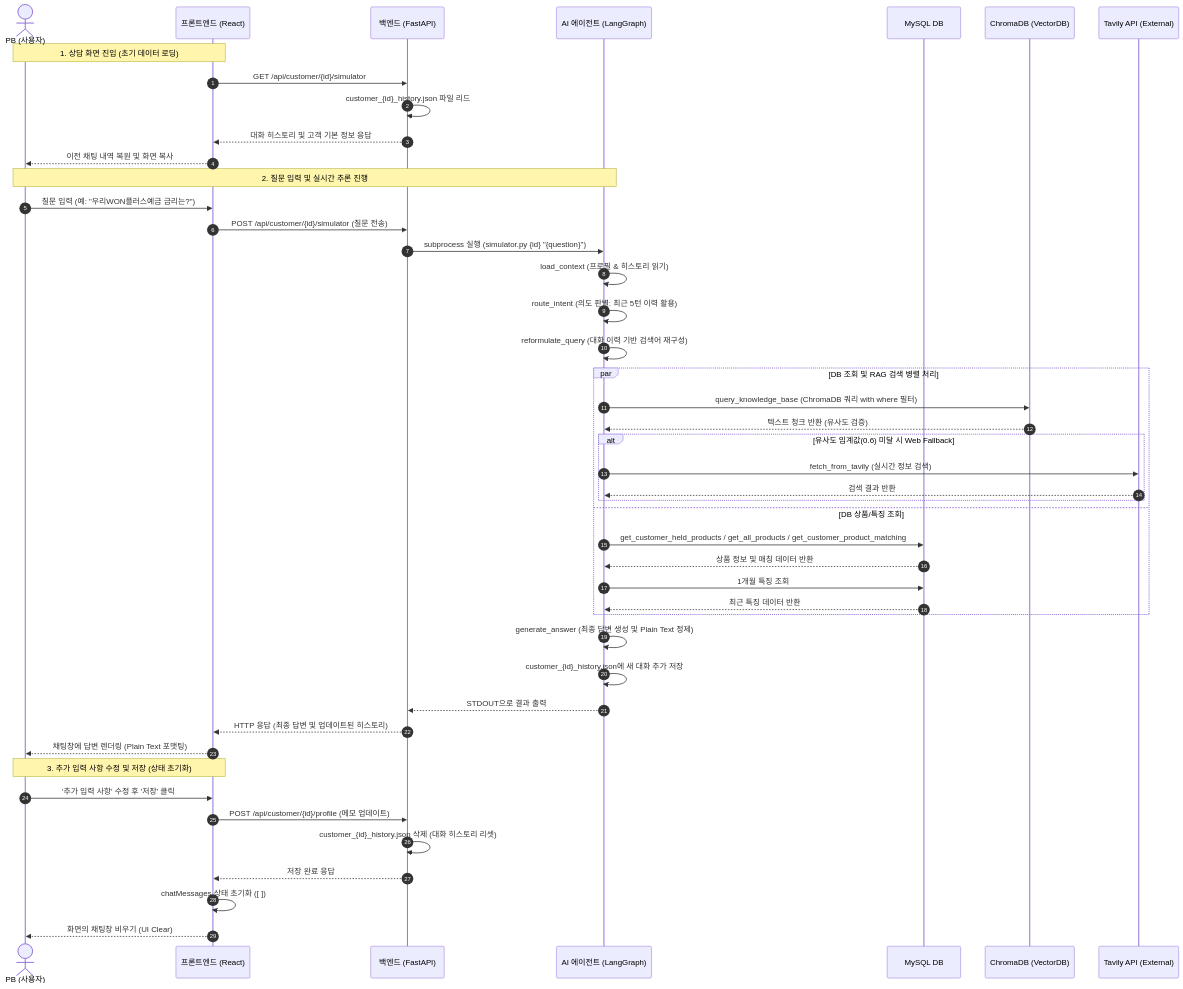
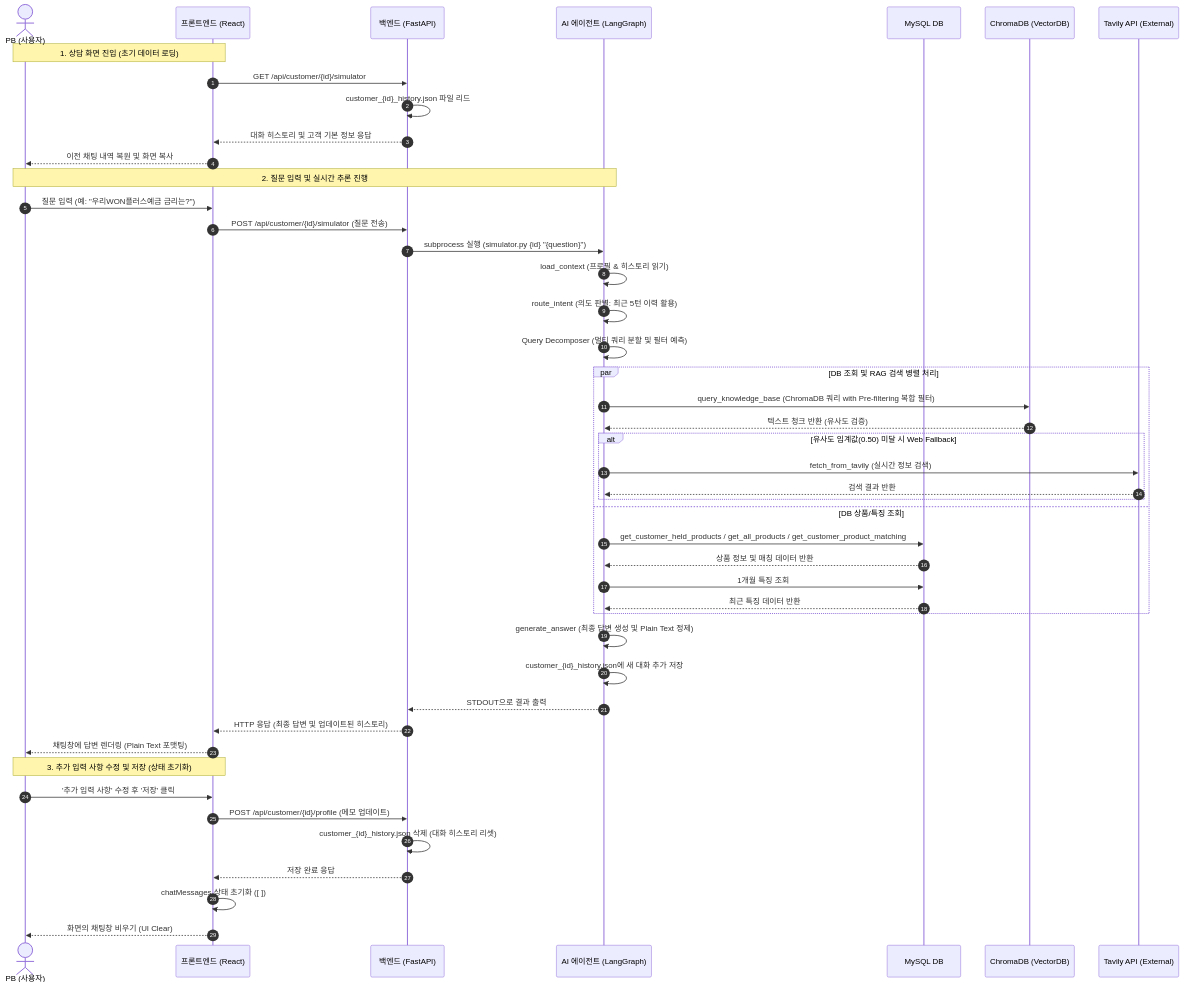
The second of 2 diagrams in agent/simulator/explain.md (PoomSaengPoomSa/POOM-AI), drawn with Mermaid before and after one commit. The commit also changed other lines of this file and 8 other files, not shown here.

````diff
--- a/agent/simulator/explain.md
+++ b/agent/simulator/explain.md
@@ -94,57 +94,57 @@
 ```mermaid
 sequenceDiagram
     autonumber
     actor PB as PB (사용자)
     participant FE as 프론트엔드 (React)
     participant BE as 백엔드 (FastAPI)
     participant Agent as AI 에이전트 (LangGraph)
     participant DB as MySQL DB
     participant Vector as ChromaDB (VectorDB)
     participant Web as Tavily API (External)
 
     %% 1. 대화 초기 로드
     Note over PB, FE: 1. 상담 화면 진입 (초기 데이터 로딩)
     FE->>BE: GET /api/customer/{id}/simulator
     BE->>BE: customer_{id}_history.json 파일 리드
     BE-->>FE: 대화 히스토리 및 고객 기본 정보 응답
     FE-->>PB: 이전 채팅 내역 복원 및 화면 복사
 
     %% 2. 질문 처리
     Note over PB, Agent: 2. 질문 입력 및 실시간 추론 진행
     PB->>FE: 질문 입력 (예: "우리WON플러스예금 금리는?")
     FE->>BE: POST /api/customer/{id}/simulator (질문 전송)
     BE->>Agent: subprocess 실행 (simulator.py {id} "{question}")
     
     Agent->>Agent: load_context (프로필 & 히스토리 읽기)
     Agent->>Agent: route_intent (의도 판별: 최근 5턴 이력 활용)
-    Agent->>Agent: reformulate_query (대화 이력 기반 검색어 재구성)
+    Agent->>Agent: Query Decomposer (멀티 쿼리 분할 및 필터 예측)
     
     par DB 조회 및 RAG 검색 병렬 처리
-        Agent->>Vector: query_knowledge_base (ChromaDB 쿼리 with where 필터)
+        Agent->>Vector: query_knowledge_base (ChromaDB 쿼리 with Pre-filtering 복합 필터)
         Vector-->>Agent: 텍스트 청크 반환 (유사도 검증)
-        alt 유사도 임계값(0.6) 미달 시 Web Fallback
+        alt 유사도 임계값(0.50) 미달 시 Web Fallback
             Agent->>Web: fetch_from_tavily (실시간 정보 검색)
             Web-->>Agent: 검색 결과 반환
         end
     and DB 상품/특징 조회
         Agent->>DB: get_customer_held_products / get_all_products / get_customer_product_matching
         DB-->>Agent: 상품 정보 및 매칭 데이터 반환
         Agent->>DB: 1개월 특징 조회
         DB-->>Agent: 최근 특징 데이터 반환
     end
     
     Agent->>Agent: generate_answer (최종 답변 생성 및 Plain Text 정제)
     Agent->>Agent: customer_{id}_history.json에 새 대화 추가 저장
     Agent-->>BE: STDOUT으로 결과 출력
     BE-->>FE: HTTP 응답 (최종 답변 및 업데이트된 히스토리)
     FE-->>PB: 채팅창에 답변 렌더링 (Plain Text 포맷팅)
 
     %% 3. 추가 메모 저장 및 초기화
     Note over PB, FE: 3. 추가 입력 사항 수정 및 저장 (상태 초기화)
     PB->>FE: '추가 입력 사항' 수정 후 '저장' 클릭
     FE->>BE: POST /api/customer/{id}/profile (메모 업데이트)
     BE->>BE: customer_{id}_history.json 삭제 (대화 히스토리 리셋)
     BE-->>FE: 저장 완료 응답
     FE->>FE: chatMessages 상태 초기화 ([ ])
     FE-->>PB: 화면의 채팅창 비우기 (UI Clear)
 ```
````
